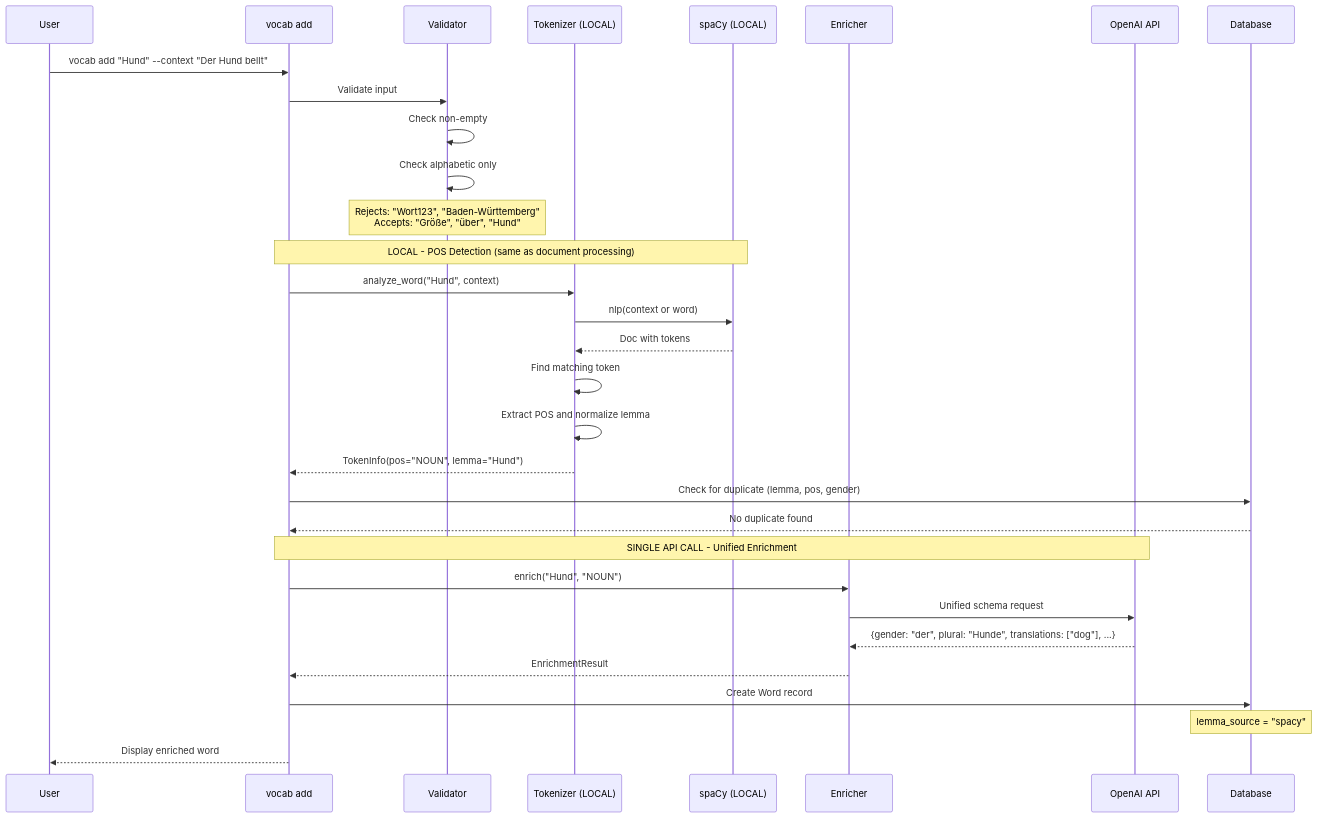
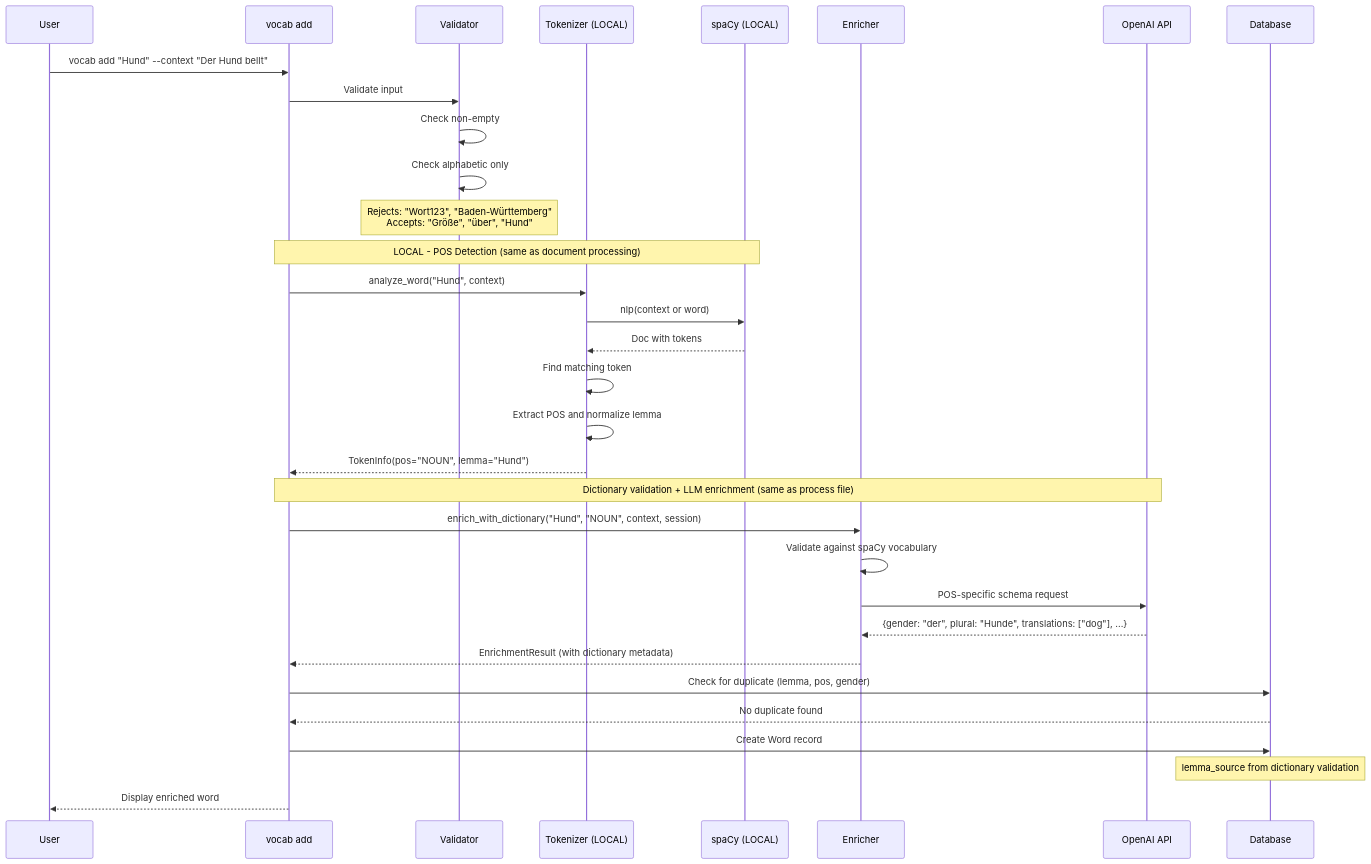
Before and after one commit to sapientpants/vocabext: the third of 9 diagrams in docs/llm-pipelines.md, drawn with Mermaid. The commit also changed other lines of this file and 3 other files, not shown here.

First line of the commit message:
feat: unify enrichment pipeline with dictionary validation

````diff
--- a/docs/llm-pipelines.md
+++ b/docs/llm-pipelines.md
@@ -131,39 +135,40 @@
 ```mermaid
 sequenceDiagram
     participant User
     participant CLI as vocab add
     participant Validator
     participant Tokenizer as Tokenizer (LOCAL)
     participant spaCy as spaCy (LOCAL)
     participant Enricher
     participant API as OpenAI API
     participant DB as Database
 
     User->>CLI: vocab add "Hund" --context "Der Hund bellt"
 
     CLI->>Validator: Validate input
     Validator->>Validator: Check non-empty
     Validator->>Validator: Check alphabetic only
     Note over Validator: Rejects: "Wort123", "Baden-Württemberg"<br/>Accepts: "Größe", "über", "Hund"
 
     Note over CLI,spaCy: LOCAL - POS Detection (same as document processing)
     CLI->>Tokenizer: analyze_word("Hund", context)
     Tokenizer->>spaCy: nlp(context or word)
     spaCy-->>Tokenizer: Doc with tokens
     Tokenizer->>Tokenizer: Find matching token
     Tokenizer->>Tokenizer: Extract POS and normalize lemma
     Tokenizer-->>CLI: TokenInfo(pos="NOUN", lemma="Hund")
 
+    Note over CLI,API: Dictionary validation + LLM enrichment (same as process file)
+    CLI->>Enricher: enrich_with_dictionary("Hund", "NOUN", context, session)
+    Enricher->>Enricher: Validate against spaCy vocabulary
+    Enricher->>API: POS-specific schema request
+    API-->>Enricher: {gender: "der", plural: "Hunde", translations: ["dog"], ...}
+    Enricher-->>CLI: EnrichmentResult (with dictionary metadata)
+
     CLI->>DB: Check for duplicate (lemma, pos, gender)
     DB-->>CLI: No duplicate found
 
-    Note over CLI,API: SINGLE API CALL - Unified Enrichment
-    CLI->>Enricher: enrich("Hund", "NOUN")
-    Enricher->>API: Unified schema request
-    API-->>Enricher: {gender: "der", plural: "Hunde", translations: ["dog"], ...}
-    Enricher-->>CLI: EnrichmentResult
-
     CLI->>DB: Create Word record
-    Note over DB: lemma_source = "spacy"
+    Note over DB: lemma_source from dictionary validation
     CLI-->>User: Display enriched word
 ```
````
